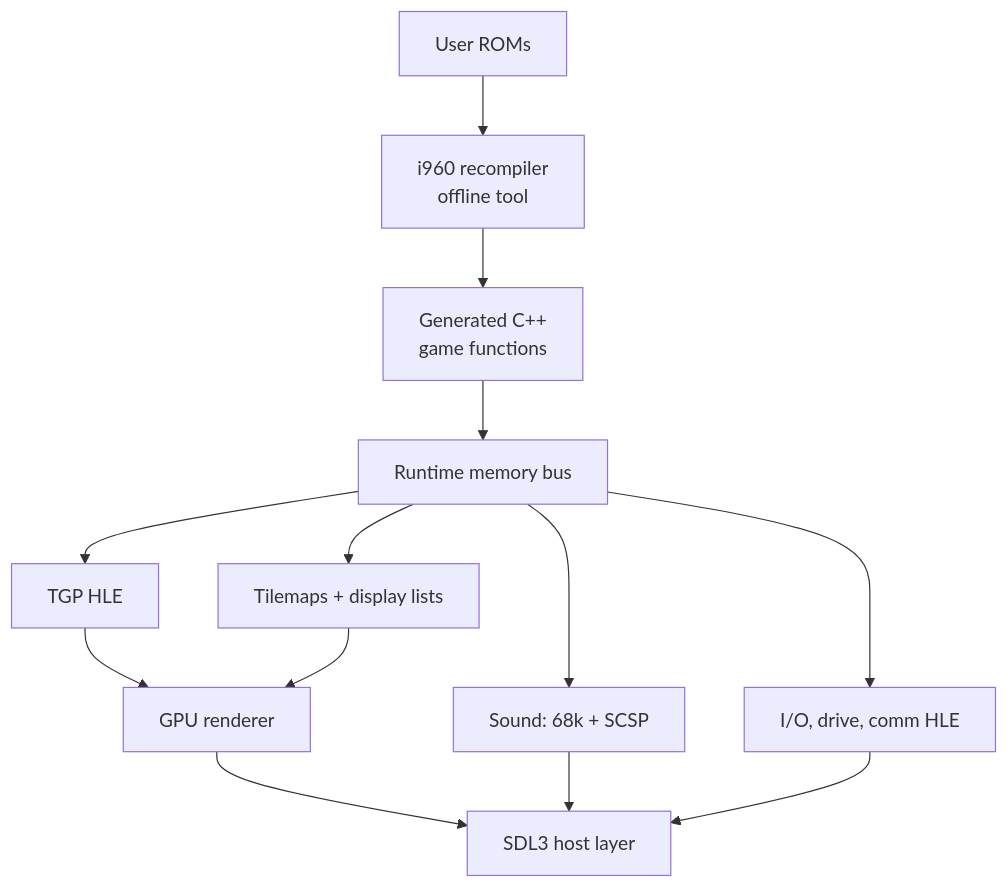
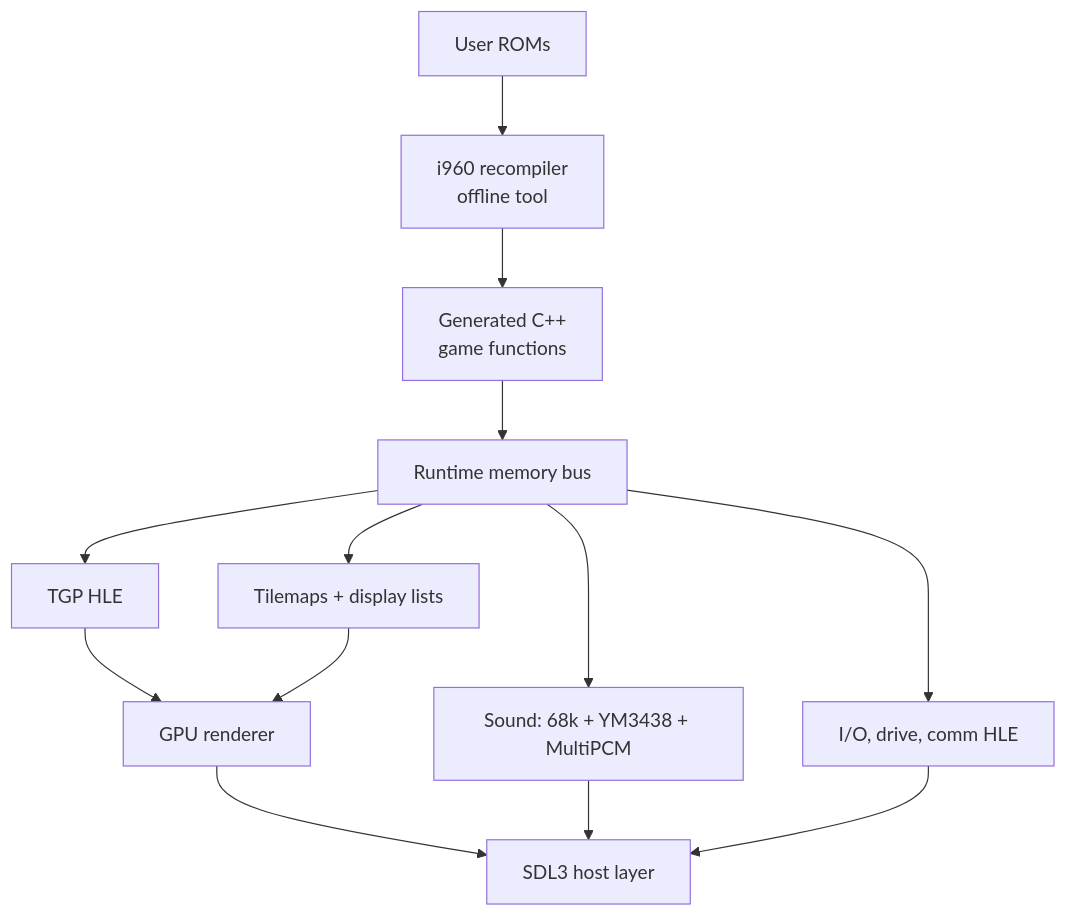
One commit to alphanu1/daytona-arcade-recomp changed the diagram in docs/daytona-usa-recomp-design.md. Above: the diagram before and after it, drawn with Mermaid. The commit also changed other lines of this file and 1 other file, not shown here.

````diff
--- a/docs/daytona-usa-recomp-design.md
+++ b/docs/daytona-usa-recomp-design.md
@@ -44,15 +64,15 @@
 ```mermaid
 flowchart TD
   ROM[User ROMs] --> RC[i960 recompiler<br/>offline tool]
   RC --> GEN[Generated C++<br/>game functions]
   GEN --> BUS[Runtime memory bus]
   BUS --> TGP[TGP HLE]
   BUS --> VID[Tilemaps + display lists]
-  BUS --> SND[Sound: 68k + SCSP]
+  BUS --> SND[Sound: 68k + YM3438 + MultiPCM]
   BUS --> IO[I/O, drive, comm HLE]
   TGP --> REN[GPU renderer]
   VID --> REN
   REN --> HOST[SDL3 host layer]
   SND --> HOST
   IO --> HOST
 ```
````
